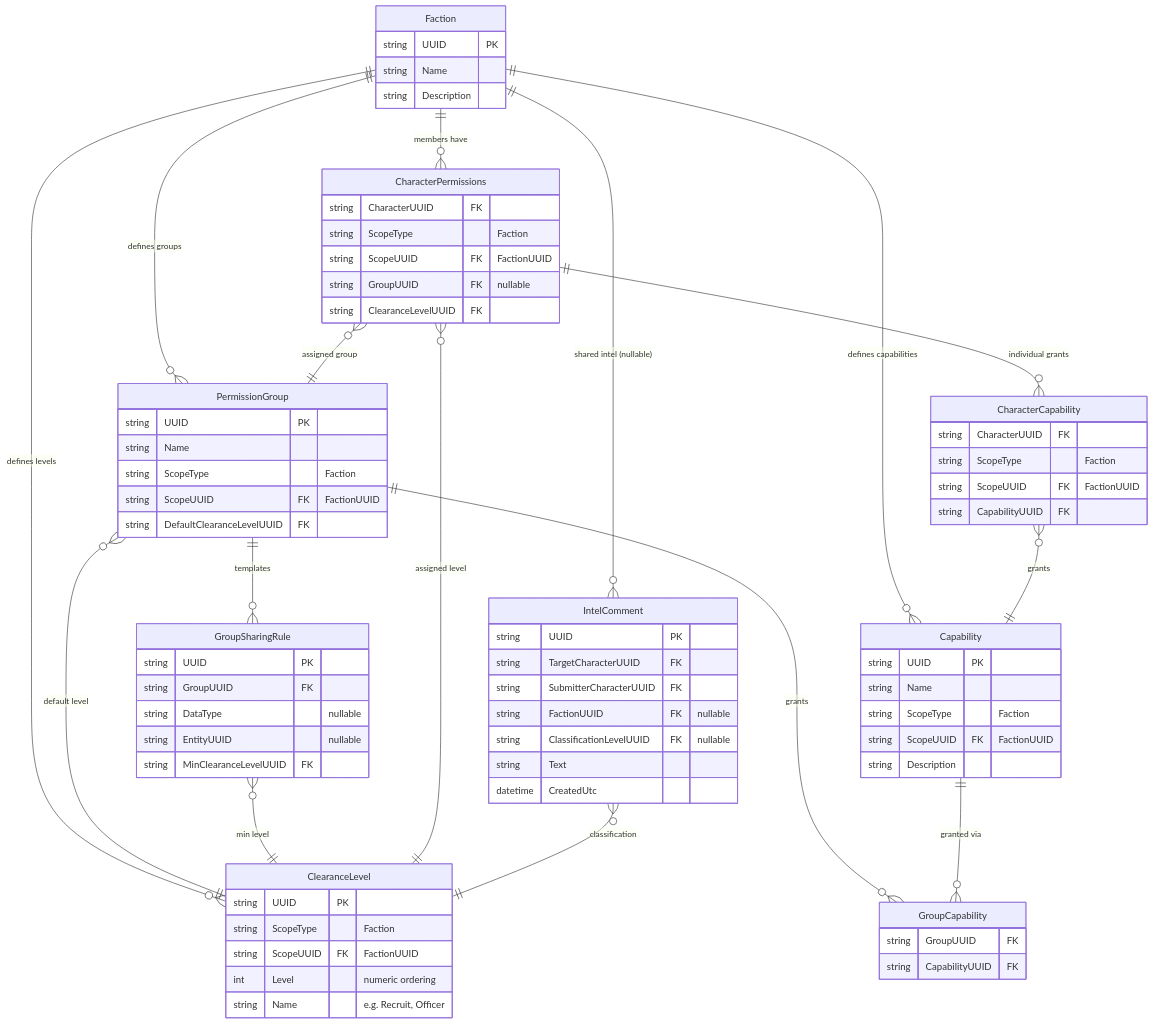
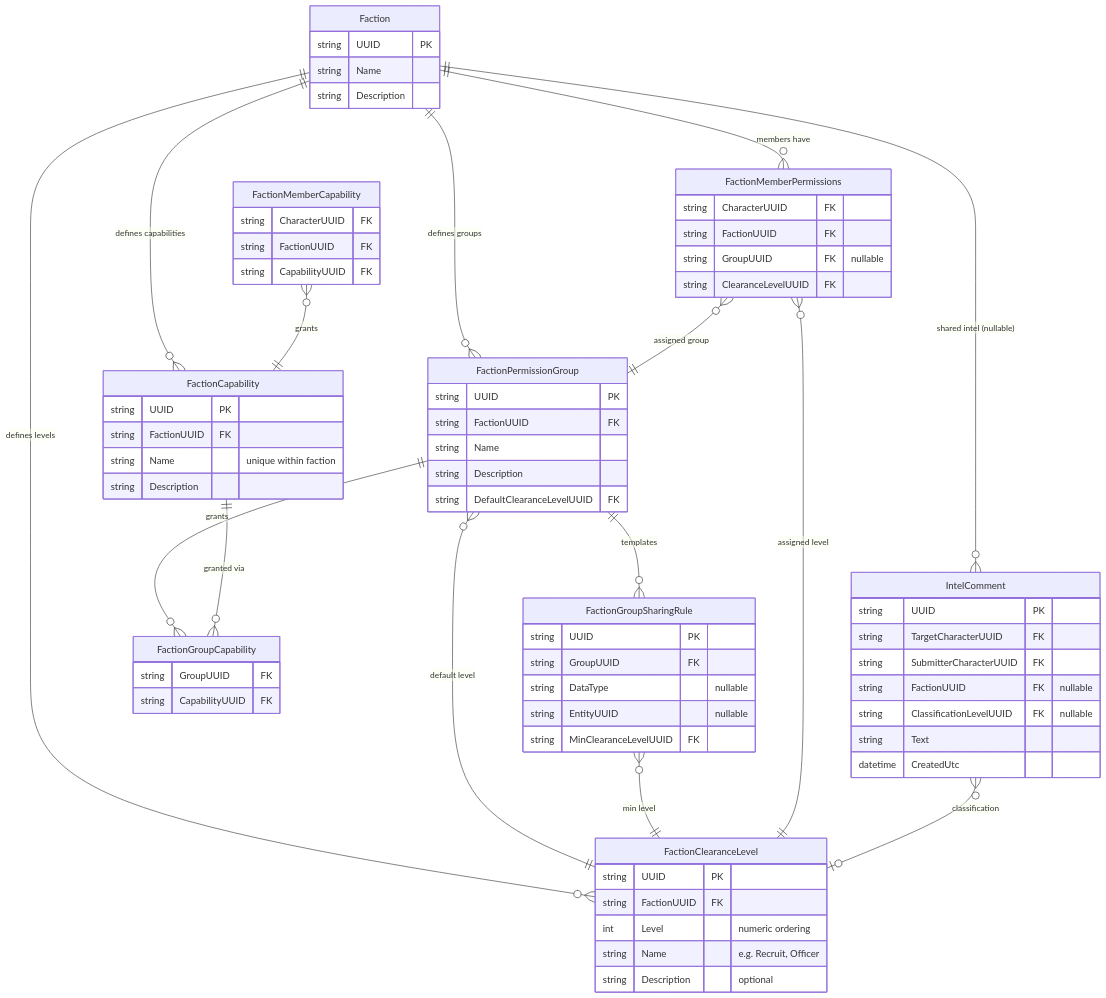
One commit to scalorn/OuterEmpires2EmpireTracker changed the first of 2 diagrams in .kiro/specs/faction-server-expanded-permissions/design.md. Above: the diagram before and after it, drawn with Mermaid. The commit also changed other lines of this file and 1 other file, not shown here.

First line of the commit message:
Split shared tables into separate faction and character tables

````diff
--- a/.kiro/specs/faction-server-expanded-permissions/design.md
+++ b/.kiro/specs/faction-server-expanded-permissions/design.md
@@ -190,46 +252,45 @@
         string Description
     }
 
-    Faction ||--o{ ClearanceLevel : "defines levels"
-    Faction ||--o{ Capability : "defines capabilities"
-    Faction ||--o{ PermissionGroup : "defines groups"
-    Faction ||--o{ CharacterPermissions : "members have"
+    Faction ||--o{ FactionClearanceLevel : "defines levels"
+    Faction ||--o{ FactionCapability : "defines capabilities"
+    Faction ||--o{ FactionPermissionGroup : "defines groups"
+    Faction ||--o{ FactionMemberPermissions : "members have"
     Faction ||--o{ IntelComment : "shared intel (nullable)"
 
-    ClearanceLevel {
+    FactionClearanceLevel {
         string UUID PK
-        string ScopeType "Faction"
-        string ScopeUUID FK "FactionUUID"
+        string FactionUUID FK
         int Level "numeric ordering"
         string Name "e.g. Recruit, Officer"
+        string Description "optional"
     }
 
-    Capability {
+    FactionCapability {
         string UUID PK
-        string Name
-        string ScopeType "Faction"
-        string ScopeUUID FK "FactionUUID"
+        string FactionUUID FK
+        string Name "unique within faction"
         string Description
     }
 
-    PermissionGroup {
+    FactionPermissionGroup {
         string UUID PK
+        string FactionUUID FK
         string Name
-        string ScopeType "Faction"
-        string ScopeUUID FK "FactionUUID"
+        string Description
         string DefaultClearanceLevelUUID FK
     }
 
-    PermissionGroup }o--|| ClearanceLevel : "default level"
-    PermissionGroup ||--o{ GroupCapability : "grants"
-    PermissionGroup ||--o{ GroupSharingRule : "templates"
+    FactionPermissionGroup }o--|| FactionClearanceLevel : "default level"
+    FactionPermissionGroup ||--o{ FactionGroupCapability : "grants"
+    FactionPermissionGroup ||--o{ FactionGroupSharingRule : "templates"
 
-    GroupCapability {
+    FactionGroupCapability {
         string GroupUUID FK
         string CapabilityUUID FK
     }
 
-    GroupSharingRule {
+    FactionGroupSharingRule {
         string UUID PK
         string GroupUUID FK
         string DataType "nullable"
@@ -237,29 +298,26 @@
         string MinClearanceLevelUUID FK
     }
 
-    GroupSharingRule }o--|| ClearanceLevel : "min level"
-    Capability ||--o{ GroupCapability : "granted via"
+    FactionGroupSharingRule }o--|| FactionClearanceLevel : "min level"
+    FactionCapability ||--o{ FactionGroupCapability : "granted via"
 
-    CharacterPermissions {
+    FactionMemberPermissions {
         string CharacterUUID FK
-        string ScopeType "Faction"
-        string ScopeUUID FK "FactionUUID"
+        string FactionUUID FK
         string GroupUUID FK "nullable"
         string ClearanceLevelUUID FK
     }
 
-    CharacterPermissions }o--|| PermissionGroup : "assigned group"
-    CharacterPermissions }o--|| ClearanceLevel : "assigned level"
+    FactionMemberPermissions }o--|| FactionPermissionGroup : "assigned group"
+    FactionMemberPermissions }o--|| FactionClearanceLevel : "assigned level"
 
-    CharacterCapability {
+    FactionMemberCapability {
         string CharacterUUID FK
-        string ScopeType "Faction"
-        string ScopeUUID FK "FactionUUID"
+        string FactionUUID FK
         string CapabilityUUID FK
     }
 
-    CharacterCapability }o--|| Capability : "grants"
-    CharacterPermissions ||--o{ CharacterCapability : "individual grants"
+    FactionMemberCapability }o--|| FactionCapability : "grants"
 
     IntelComment {
         string UUID PK
@@ -271,5 +329,5 @@
         datetime CreatedUtc
     }
 
-    IntelComment }o--|| ClearanceLevel : "classification"
+    IntelComment }o--o| FactionClearanceLevel : "classification"
 ```
````
